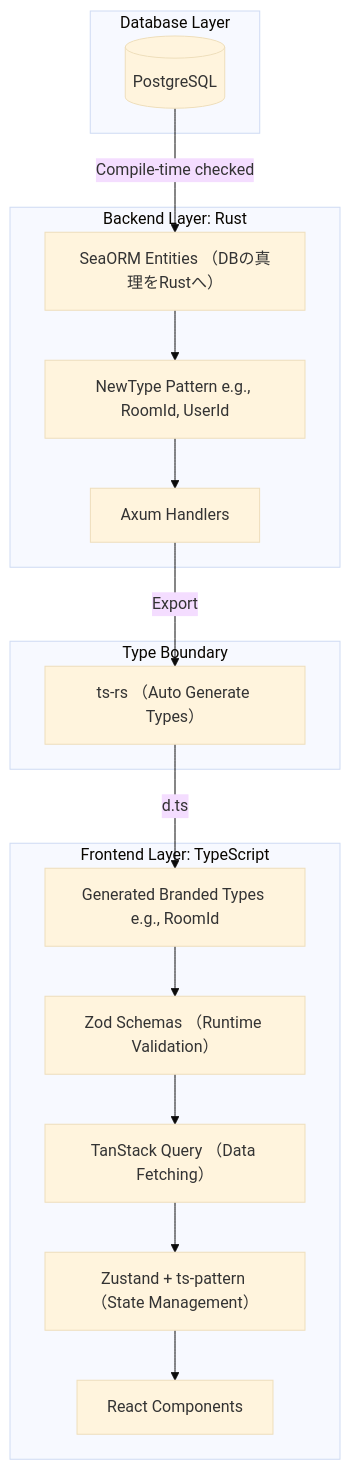
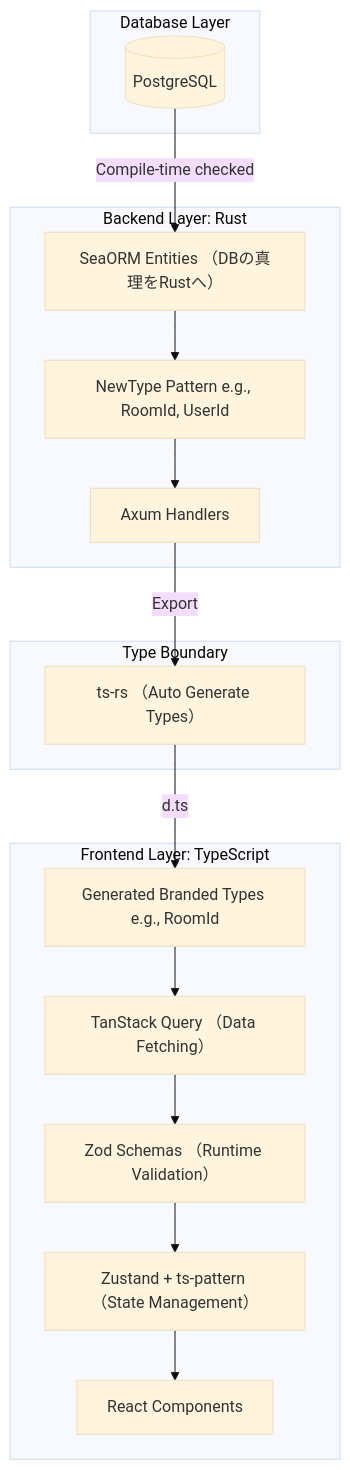
Before and after one commit to 24jy0236/axon: the diagram in docs/coding-standards.md, drawn with Mermaid (base theme). The commit also changed 4 other files, not shown here.

````diff
--- a/docs/coding-standards.md
+++ b/docs/coding-standards.md
@@ -17,35 +17,35 @@
 ```mermaid
 flowchart TD
     subgraph DB[Database Layer]
         Postgres[(PostgreSQL)]
     end
 
     subgraph Rust[Backend Layer: Rust]
         SeaORM[SeaORM Entities （DBの真理をRustへ）]
         NewType[NewType Pattern e.g., RoomId, UserId]
         Axum[Axum Handlers]
         
         Postgres -->|Compile-time checked| SeaORM
         SeaORM --> NewType
         NewType --> Axum
     end
 
     subgraph Boundary[Type Boundary]
         TSRS[ts-rs （Auto Generate Types）]
         Axum -->|Export| TSRS
     end
 
     subgraph TS[Frontend Layer: TypeScript]
         GeneratedTypes[Generated Branded Types e.g., RoomId]
+        TanStack[TanStack Query （Data Fetching）]
         Zod[Zod Schemas （Runtime Validation）]
-        TanStack[TanStack Query （Data Fetching）]
         Zustand[Zustand + ts-pattern （State Management）]
         UI[React Components]
 
         TSRS -->|d.ts| GeneratedTypes
-        GeneratedTypes --> Zod
-        Zod --> TanStack
-        TanStack --> Zustand
+        GeneratedTypes --> TanStack
+        TanStack --> Zod
+        Zod --> Zustand
         Zustand --> UI
     end
 ```
````
